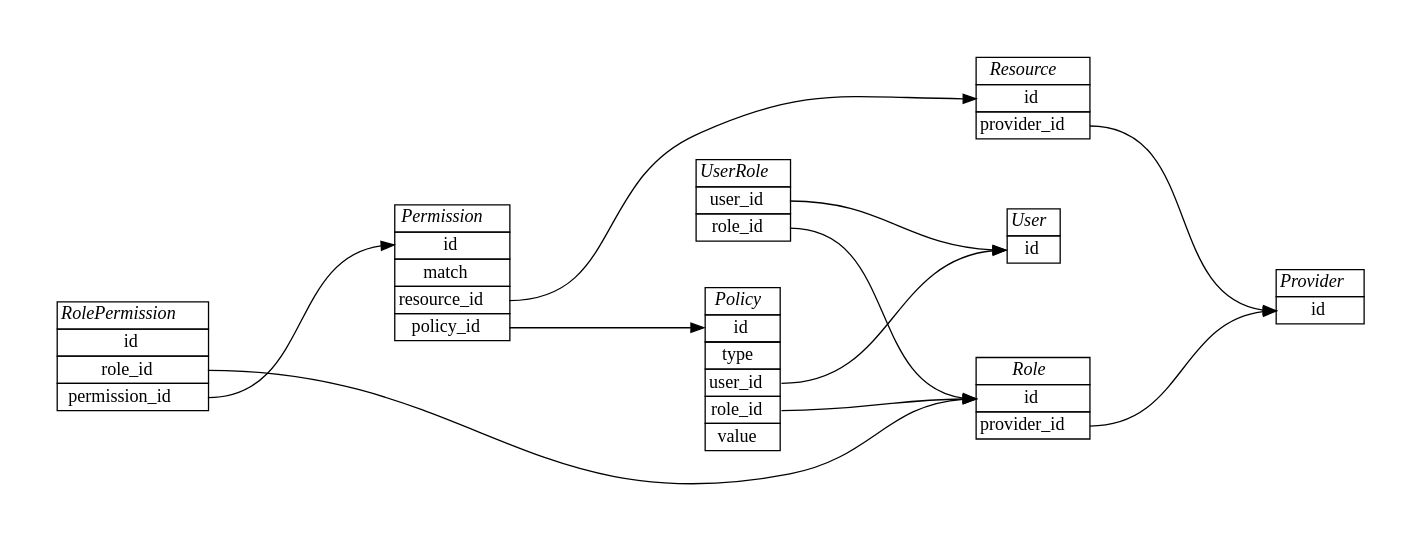
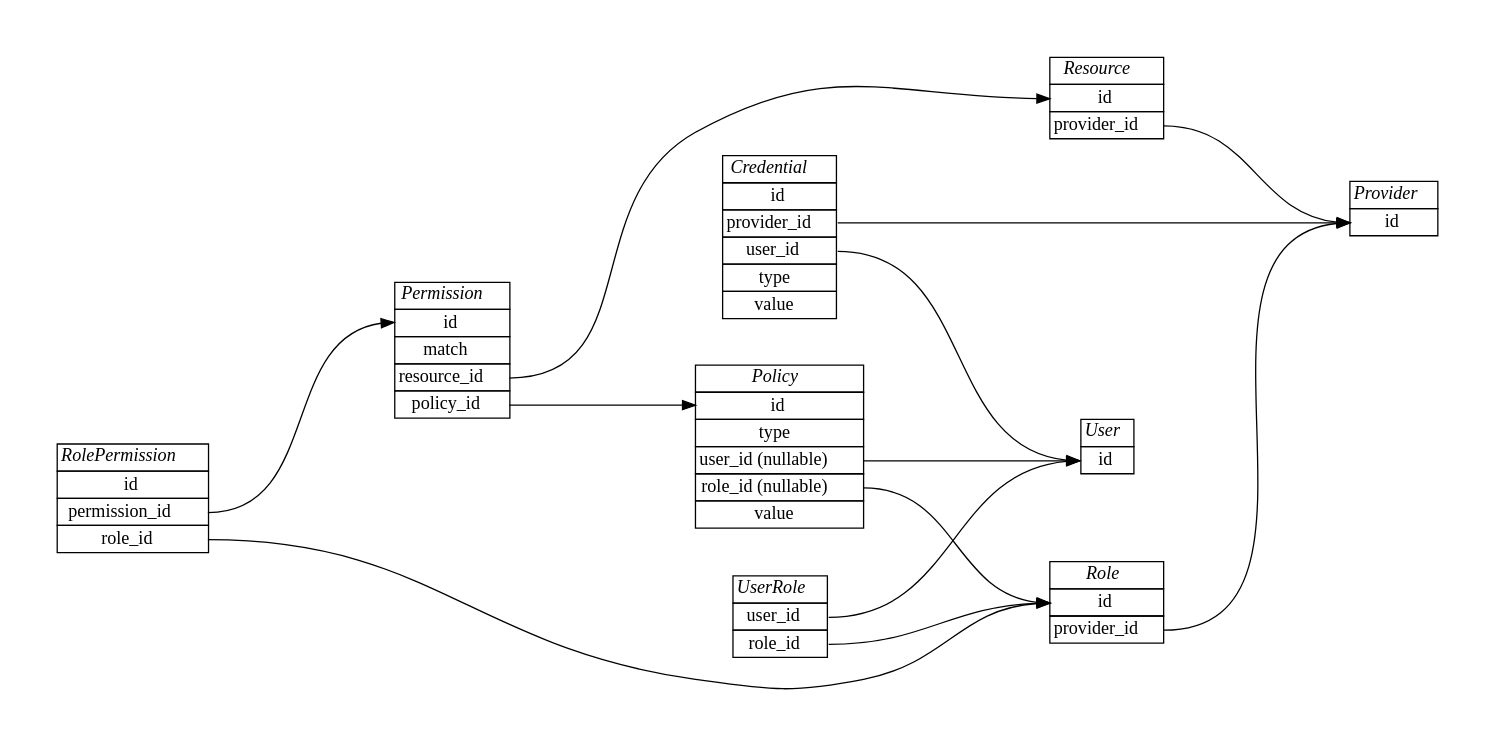
The diagram in docs/architecture/domain.rst (knowark/authark), drawn with Graphviz before and after one commit. The commit also changed other lines of this file, not shown here.

Commit message:
Document the Credential model and its relations with other entities

```diff
--- a/docs/architecture/domain.rst
+++ b/docs/architecture/domain.rst
@@ -24,6 +24,16 @@
     <tr><td><i>UserRole</i></td></tr>
     <tr><td port="user_id">user_id</td></tr>
     <tr><td port="role_id">role_id</td></tr>
+    </table>>];
+
+    Credential [label=<
+    <table border="0" cellborder="1" cellspacing="0">
+    <tr><td><i>Credential</i></td></tr>
+    <tr><td port="id">id</td></tr>
+    <tr><td port="provider_id">provider_id</td></tr>
+    <tr><td port="user_id">user_id</td></tr>
+    <tr><td port="type">type</td></tr>
+    <tr><td port="value">value</td></tr>
     </table>>];
 
     Role [label=<
@@ -51,8 +61,8 @@
     <tr><td><i>Policy</i></td></tr>
     <tr><td port="id">id</td></tr>
     <tr><td port="type">type</td></tr> 
-    <tr><td port="user_id">user_id</td></tr>  
-    <tr><td port="role_id">role_id</td></tr>
+    <tr><td port="user_id">user_id (nullable)</td></tr>  
+    <tr><td port="role_id">role_id (nullable)</td></tr>
     <tr><td port="value">value</td></tr>
     </table>>];
 
@@ -69,13 +79,15 @@
     <table border="0" cellborder="1" cellspacing="0">
     <tr><td><i>RolePermission</i></td></tr>
     <tr><td port="id">id</td></tr>
+    <tr><td port="permission_id">permission_id</td></tr>
     <tr><td port="role_id">role_id</td></tr> 
-    <tr><td port="permission_id">permission_id</td></tr> 
     </table>>];
 
 
     UserRole:user_id -> User:id;
     UserRole:role_id -> Role:id;
+    Credential:provider_id ->  Provider:id;
+    Credential:user_id -> User:id;
     Role:provider_id -> Provider:id;
     Resource:provider_id -> Provider:id;
     Permission:resource_id -> Resource:id; 
```
